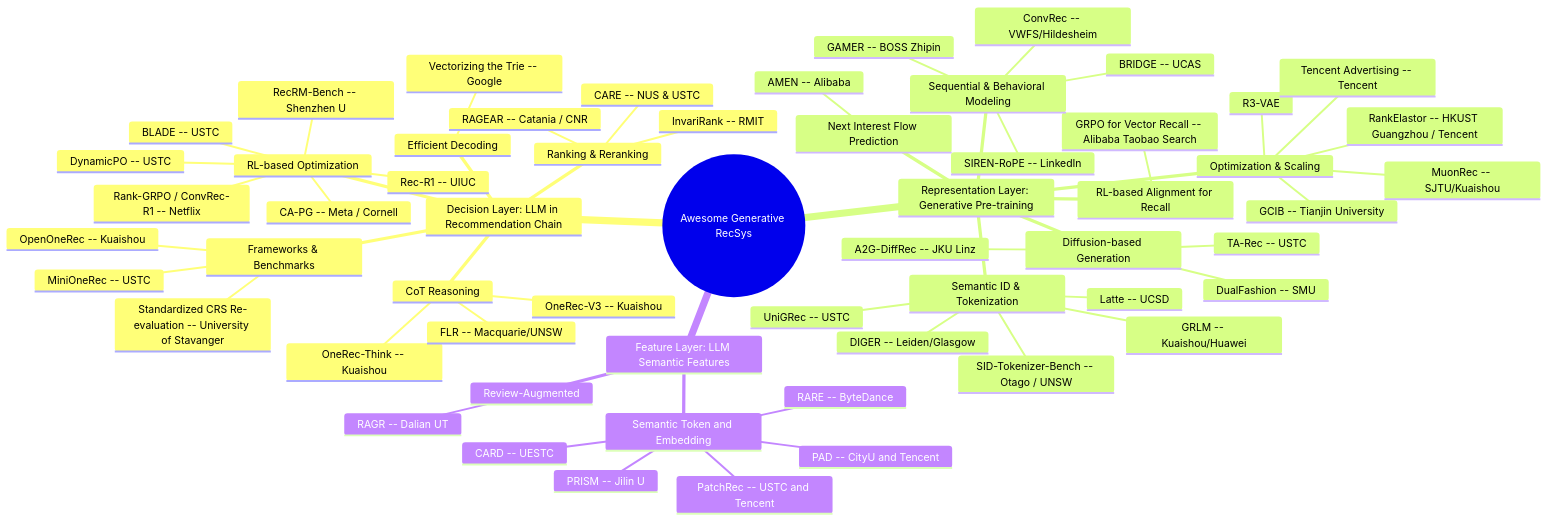
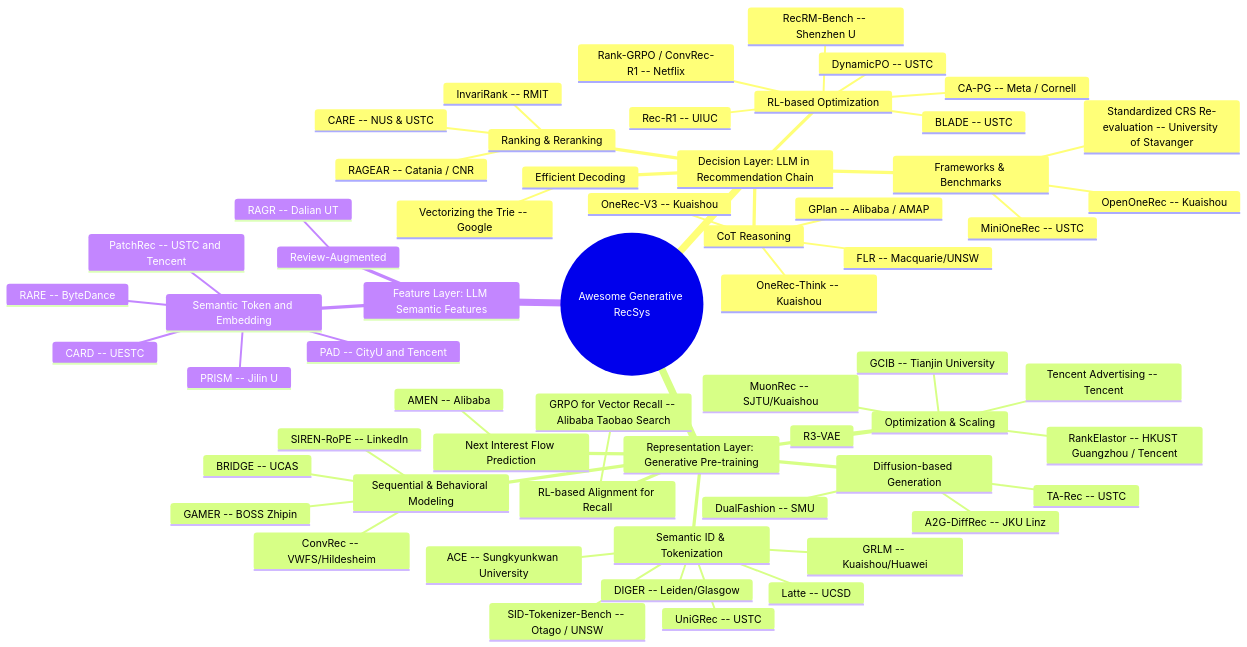
One commit to HaFred/awesome-generative-recsys changed the diagram in README.md. Above: the diagram before and after it, drawn with Mermaid. The commit also changed other lines of this file, not shown here.

Commit message:
feat: 5 papers May 29 (GPlan Alibaba, ACE Sungkyunkwan SIGIR2026, User Alignment UIC/Meta CogMI2025, Rec-Distill ByteDance, LoopFM Meta)

````diff
--- a/README.md
+++ b/README.md
@@ -6,61 +6,63 @@
 ```mermaid
 mindmap
   root((Awesome Generative RecSys))
     Decision Layer: LLM in Recommendation Chain
       CoT Reasoning
         OneRec-Think -- Kuaishou
         OneRec-V3 -- Kuaishou
+        GPlan -- Alibaba / AMAP
         FLR -- Macquarie/UNSW
       RL-based Optimization
         Rank-GRPO / ConvRec-R1 -- Netflix
         Rec-R1 -- UIUC
         DynamicPO -- USTC
         RecRM-Bench -- Shenzhen U
         BLADE -- USTC
         CA-PG -- Meta / Cornell
       Ranking & Reranking
         CARE -- NUS & USTC
         InvariRank -- RMIT
         RAGEAR -- Catania / CNR
       Frameworks & Benchmarks
         Standardized CRS Re-evaluation -- University of Stavanger
         OpenOneRec -- Kuaishou
         MiniOneRec -- USTC
       Efficient Decoding
         Vectorizing the Trie -- Google
     Representation Layer: Generative Pre-training
       Semantic ID & Tokenization
         Latte -- UCSD
         DIGER -- Leiden/Glasgow
         UniGRec -- USTC
         GRLM -- Kuaishou/Huawei
         SID-Tokenizer-Bench -- Otago / UNSW
+        ACE -- Sungkyunkwan University
       Next Interest Flow Prediction
         AMEN -- Alibaba
       RL-based Alignment for Recall
         GRPO for Vector Recall -- Alibaba Taobao Search
       Diffusion-based Generation
         A2G-DiffRec -- JKU Linz
         TA-Rec -- USTC
         DualFashion -- SMU
       Sequential & Behavioral Modeling
         GAMER -- BOSS Zhipin
         SIREN-RoPE -- LinkedIn
         ConvRec -- VWFS/Hildesheim
         BRIDGE -- UCAS
       Optimization & Scaling
         MuonRec -- SJTU/Kuaishou
         R3-VAE
         Tencent Advertising -- Tencent
         RankElastor -- HKUST Guangzhou / Tencent
         GCIB -- Tianjin University
     Feature Layer: LLM Semantic Features
       Semantic Token and Embedding
         PatchRec -- USTC and Tencent
         PAD -- CityU and Tencent
         RARE -- ByteDance
         CARD -- UESTC
         PRISM -- Jilin U
       Review-Augmented
         RAGR -- Dalian UT
 ```
````
